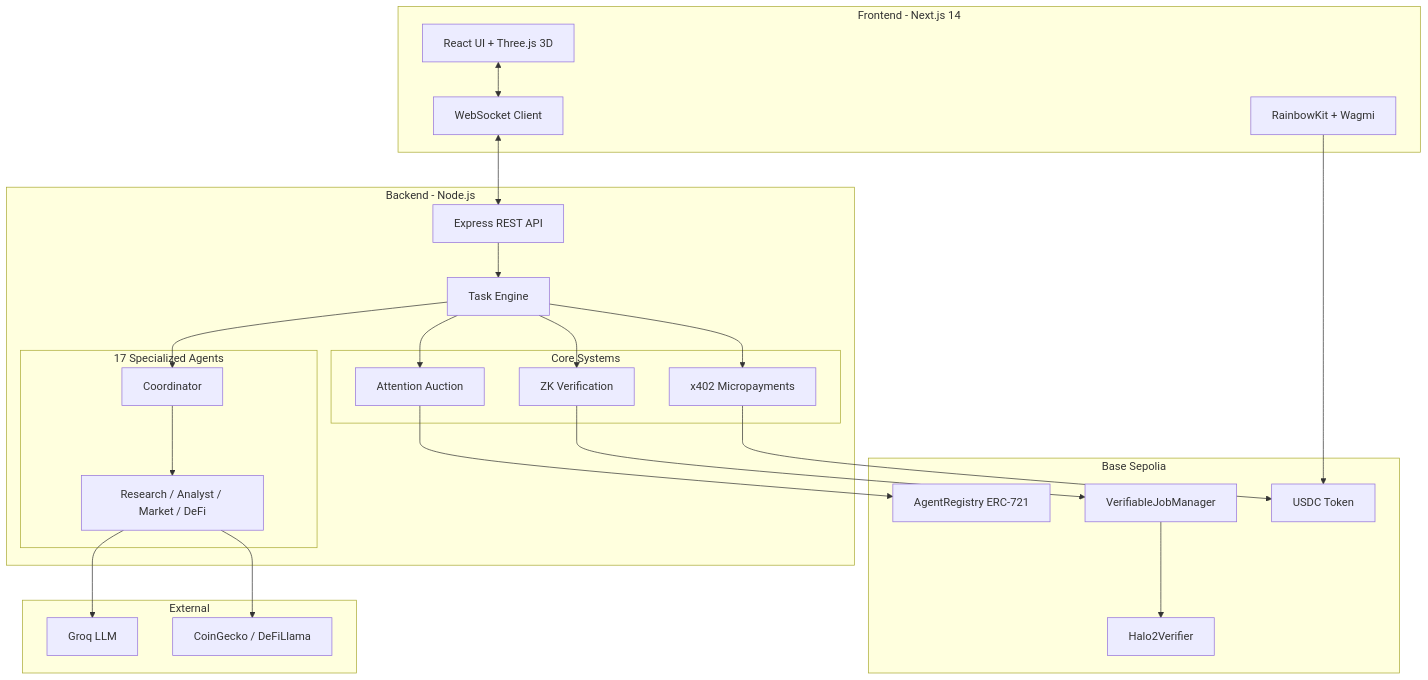
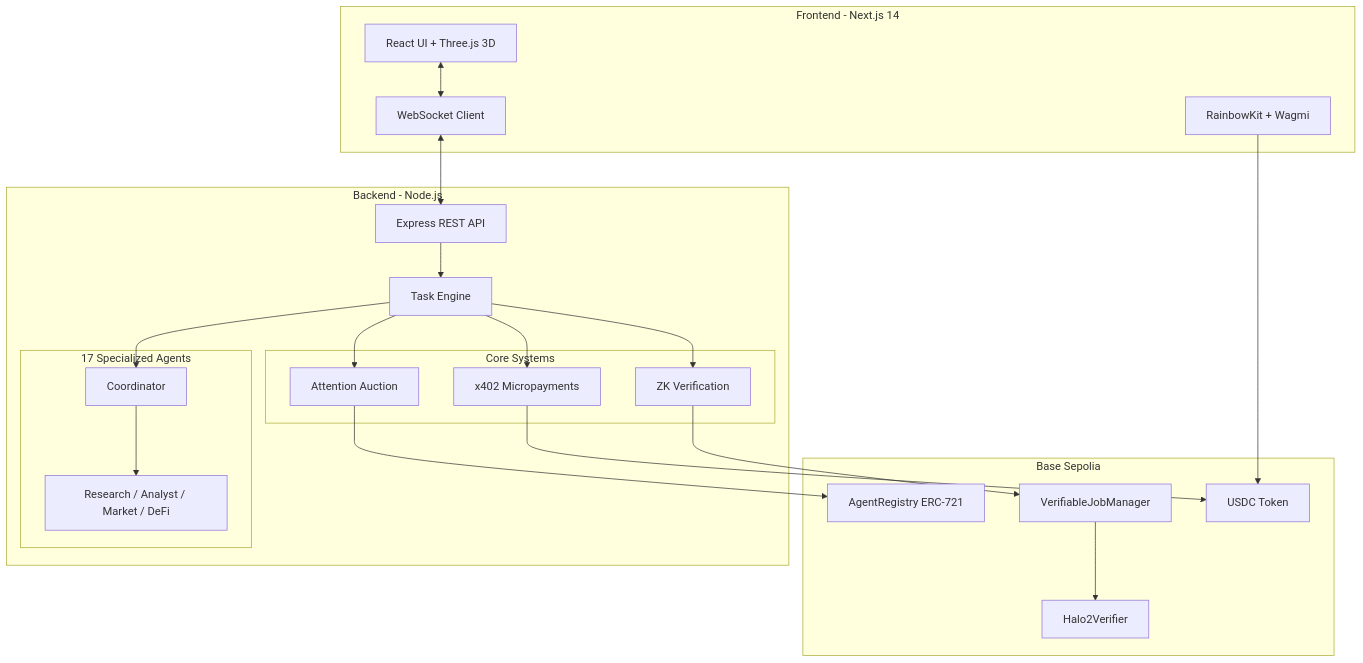
The diagram in README.md (TheOnlyOne001/Mosaic-Protocol), drawn with Mermaid before and after one commit. The commit also changed other lines of this file and 1 other file, not shown here.

````diff
--- a/README.md
+++ b/README.md
@@ -19,50 +21,41 @@
 ```mermaid
 flowchart TB
     subgraph Frontend["Frontend - Next.js 14"]
         UI[React UI + Three.js 3D]
         WS_Client[WebSocket Client]
         Wallet[RainbowKit + Wagmi]
     end
 
     subgraph Backend["Backend - Node.js"]
         API[Express REST API]
         TaskEngine[Task Engine]
 
         subgraph Agents["17 Specialized Agents"]
             Coordinator[Coordinator]
             Specialists[Research / Analyst / Market / DeFi]
         end
 
         subgraph Systems["Core Systems"]
             Auction[Attention Auction]
             x402[x402 Micropayments]
             ZK[ZK Verification]
         end
     end
 
     subgraph Blockchain["Base Sepolia"]
         Registry[AgentRegistry ERC-721]
         JobManager[VerifiableJobManager]
         Verifier[Halo2Verifier]
         USDC[USDC Token]
     end
 
-    subgraph External["External"]
-        Groq[Groq LLM]
-        APIs[CoinGecko / DeFiLlama]
-    end
-
     UI <--> WS_Client
     WS_Client <--> API
     Wallet --> USDC
-
     API --> TaskEngine
     TaskEngine --> Coordinator
     Coordinator --> Specialists
     TaskEngine --> Auction --> Registry
     TaskEngine --> x402 --> USDC
     TaskEngine --> ZK --> JobManager --> Verifier
-
-    Specialists --> Groq
-    Specialists --> APIs
 ```
````
